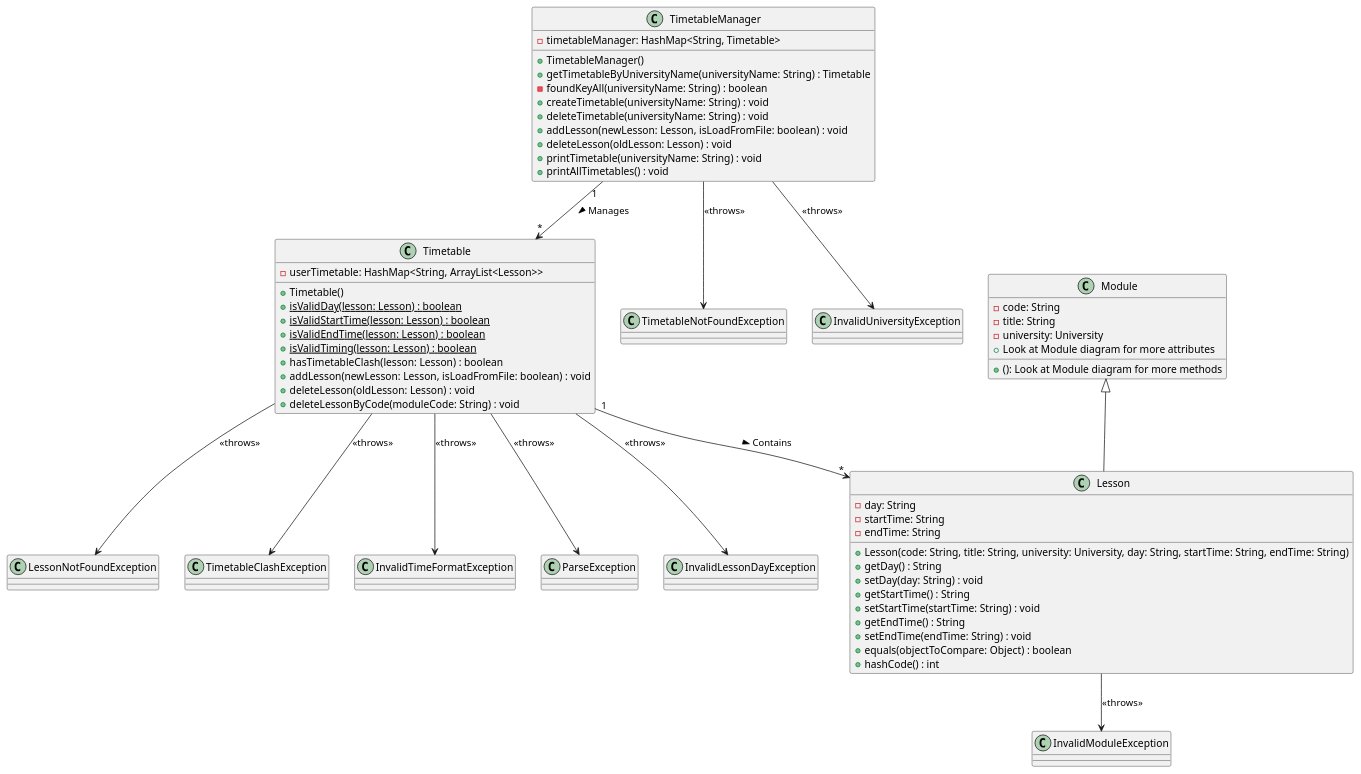
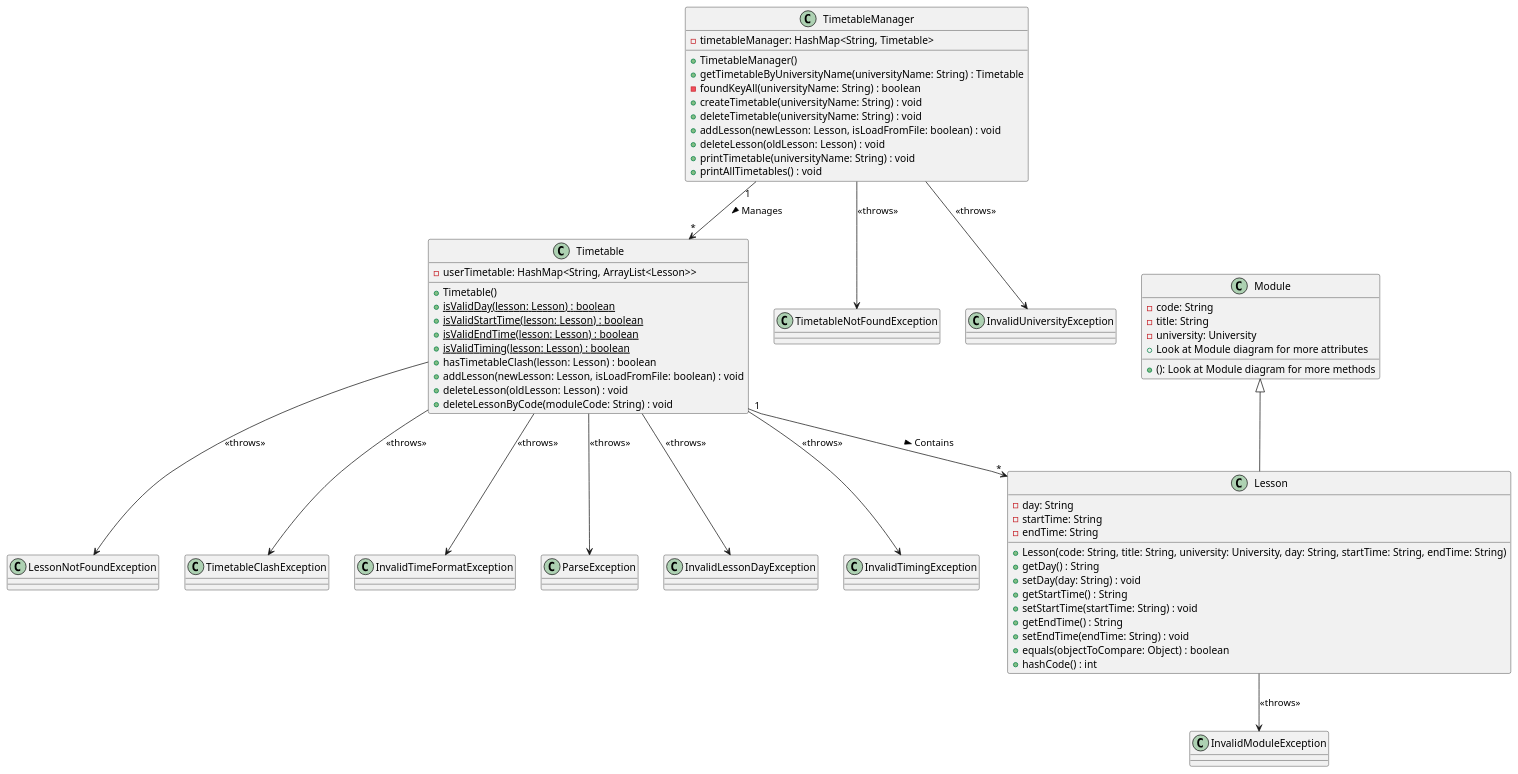
One commit to nus-cs2113-AY2223S1/tp changed the diagram in docs/diagrams/Timetable_Class.puml. Above: the diagram before and after it, drawn with PlantUML. The commit also changed 1 other file, not shown here.

Commit message:
Update DG to reflect changes in Timetable

```diff
--- a/docs/diagrams/Timetable_Class.puml
+++ b/docs/diagrams/Timetable_Class.puml
@@ -1,89 +1,93 @@
 @startuml
 'https://plantuml.com/class-diagram
 
 class TimetableManager {
     - timetableManager: HashMap<String, Timetable>
     + TimetableManager()
     + getTimetableByUniversityName(universityName: String) : Timetable
     - foundKeyAll(universityName: String) : boolean
     + createTimetable(universityName: String) : void
     + deleteTimetable(universityName: String) : void
     + addLesson(newLesson: Lesson, isLoadFromFile: boolean) : void
     + deleteLesson(oldLesson: Lesson) : void
     + printTimetable(universityName: String) : void
     + printAllTimetables() : void
 }
 
 class Timetable {
     - userTimetable: HashMap<String, ArrayList<Lesson>>
     + Timetable()
     {static} + isValidDay(lesson: Lesson) : boolean
     {static} + isValidStartTime(lesson: Lesson) : boolean
     {static} + isValidEndTime(lesson: Lesson) : boolean
     {static} + isValidTiming(lesson: Lesson) : boolean
     + hasTimetableClash(lesson: Lesson) : boolean
     + addLesson(newLesson: Lesson, isLoadFromFile: boolean) : void
     + deleteLesson(oldLesson: Lesson) : void
     + deleteLessonByCode(moduleCode: String) : void
 }
 
 class Lesson {
     - day: String
     - startTime: String
     - endTime: String
     + Lesson(code: String, title: String, university: University, day: String, startTime: String, endTime: String)
     + getDay() : String
     + setDay(day: String) : void
     + getStartTime() : String
     + setStartTime(startTime: String) : void
     + getEndTime() : String
     + setEndTime(endTime: String) : void
     + equals(objectToCompare: Object) : boolean
     + hashCode() : int
 }
 
 class Module {
     - code: String
     - title: String
     - university: University
     + Look at Module diagram for more attributes
     + (): Look at Module diagram for more methods
 }
 
 class LessonNotFoundException {
 }
 
 class TimetableNotFoundException {
 }
 
 class TimetableClashException {
 }
 
 class InvalidModuleException {
 }
 
 class InvalidTimeFormatException {
 }
 
 class ParseException {
 }
 
 class InvalidLessonDayException {
 }
 
 class InvalidUniversityException {
 }
 
+class InvalidTimingException {
+}
+
 TimetableManager "1" --> "*" Timetable :> Manages
 Timetable "1" --> "*" Lesson :> Contains
 Lesson --> InvalidModuleException : <<throws>>
 Timetable --> InvalidTimeFormatException : <<throws>>
+Timetable --> InvalidTimingException : <<throws>>
 Timetable --> TimetableClashException : <<throws>>
 Timetable --> ParseException : <<throws>>
 Timetable --> LessonNotFoundException : <<throws>>
 Timetable --> InvalidLessonDayException : <<throws>>
 TimetableManager --> TimetableNotFoundException : <<throws>>
 TimetableManager --> InvalidUniversityException : <<throws>>
 Module <|-- Lesson
 
 @enduml
```
